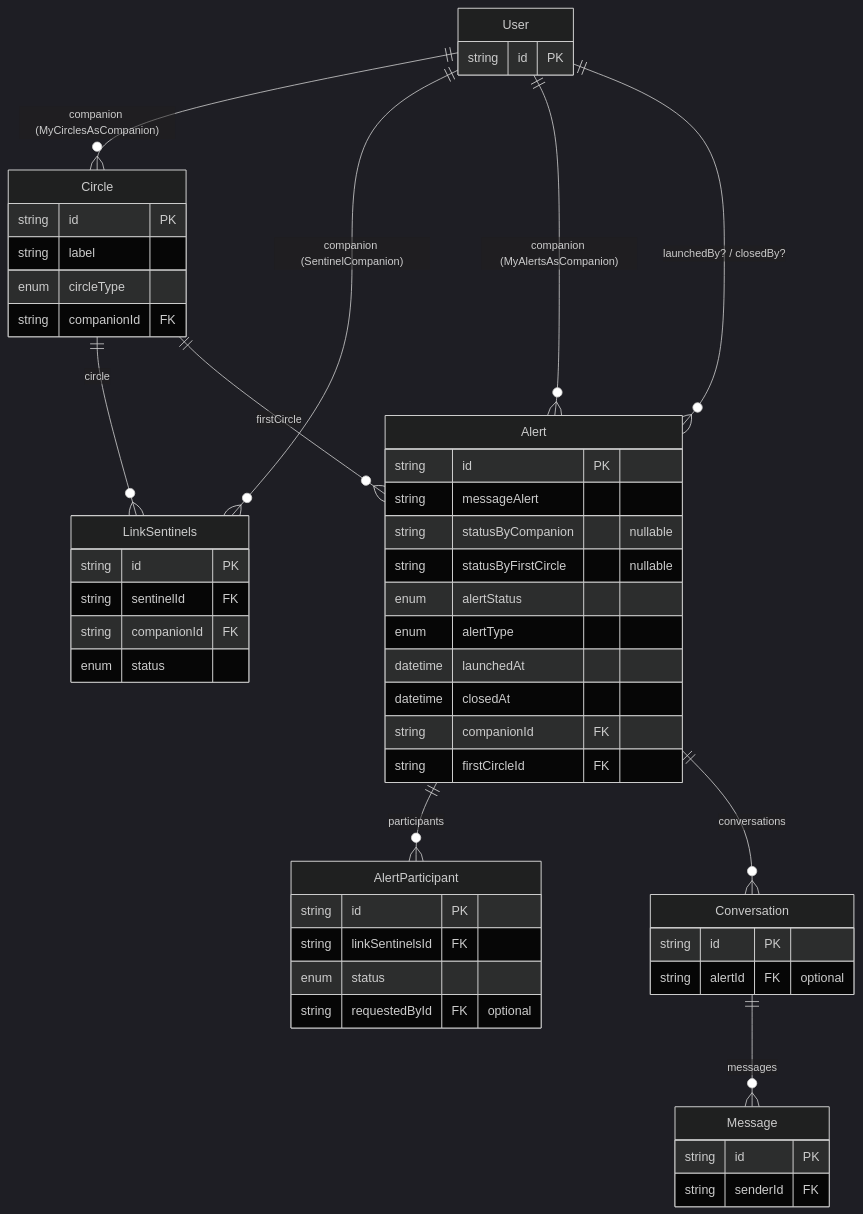
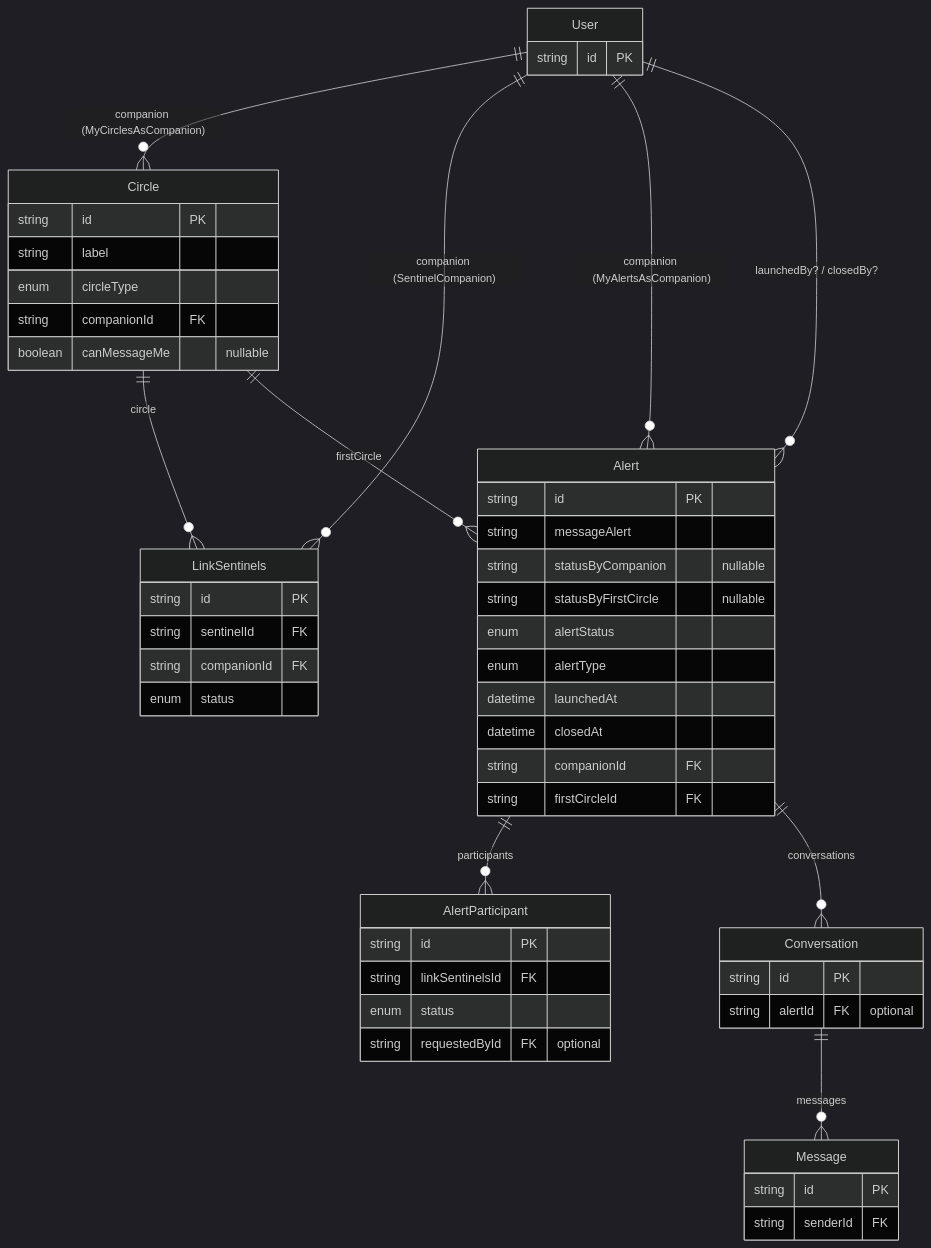
The third of 5 diagrams in backend/prisma/DB_schema.md (Sylvfo/MySentinelCircle), drawn with Mermaid (dark theme) before and after one commit. The commit also changed other lines of this file and 4 other files, not shown here.

````diff
--- a/backend/prisma/DB_schema.md
+++ b/backend/prisma/DB_schema.md
@@ -190,54 +195,55 @@
 ```mermaid
 erDiagram
   User          ||--o{ Circle             : "companion (MyCirclesAsCompanion)"
   User          ||--o{ LinkSentinels      : "companion (SentinelCompanion)"
   User          ||--o{ Alert              : "companion (MyAlertsAsCompanion)"
   User          ||--o{ Alert              : "launchedBy? / closedBy?"
   Circle        ||--o{ LinkSentinels      : "circle"
   Circle        ||--o{ Alert              : "firstCircle"
   Alert         ||--o{ AlertParticipant   : "participants"
   Alert         ||--o{ Conversation       : "conversations"
   Conversation  ||--o{ Message            : "messages"
 
   User {
     string id PK
   }
   Circle {
     string id PK
     string label
     enum   circleType
     string companionId FK
+    boolean canMessageMe "nullable"
   }
   LinkSentinels {
     string id PK
     string sentinelId FK
     string companionId FK
     enum   status
   }
   Alert {
     string id PK
     string messageAlert
     string statusByCompanion "nullable"
     string statusByFirstCircle "nullable"
     enum   alertStatus
     enum   alertType
     datetime launchedAt
     datetime closedAt
     string companionId FK
     string firstCircleId FK
   }
   AlertParticipant {
     string id PK
     string linkSentinelsId FK
     enum   status
     string requestedById FK "optional"
   }
   Conversation {
     string id PK
     string alertId FK "optional"
   }
   Message {
     string id PK
     string senderId FK
   }
 ```
````
